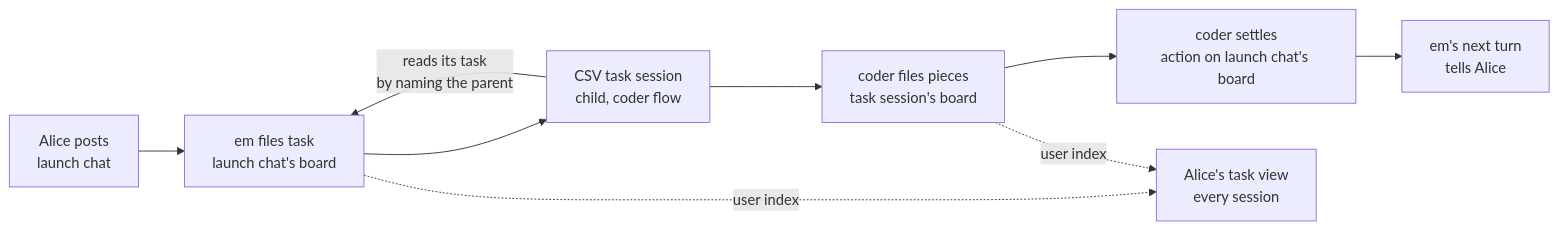
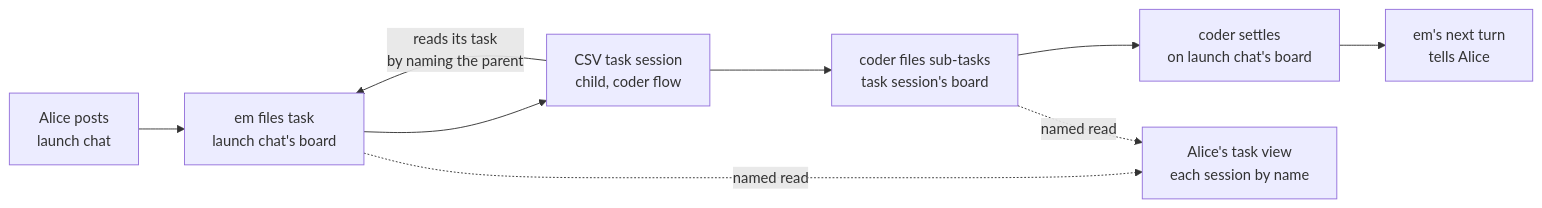
Before and after one commit to fixpoint-labs/flow-state-dev: the second of 2 diagrams in docs/internal/design/scopes-and-sessions.md, drawn with Mermaid. The commit also changed other lines of this file, not shown here.

First line of the commit message:
Concept doc: registry, cross-session writes, what this removes

````diff
--- a/docs/internal/design/scopes-and-sessions.md
+++ b/docs/internal/design/scopes-and-sessions.md
@@ -230,11 +244,11 @@
 ```mermaid
 flowchart LR
   A["Alice posts<br/>launch chat"] --> F["em files task<br/>launch chat's board"]
   F --> C["CSV task session<br/>child, coder flow"]
   C -->|"reads its task<br/>by naming the parent"| F
-  C --> P["coder files pieces<br/>task session's board"]
-  P --> S["coder settles<br/>action on launch chat's board"]
+  C --> P["coder files sub-tasks<br/>task session's board"]
+  P --> S["coder settles<br/>on launch chat's board"]
   S --> W["em's next turn<br/>tells Alice"]
-  F -. "user index" .-> V["Alice's task view<br/>every session"]
-  P -. "user index" .-> V
+  F -. "named read" .-> V["Alice's task view<br/>each session by name"]
+  P -. "named read" .-> V
 ```
````
